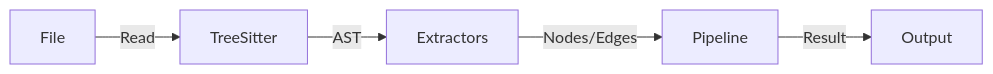
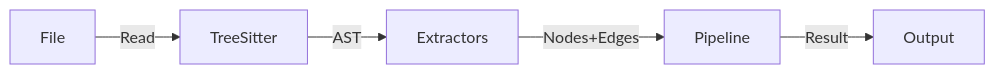
Before and after one commit to willFreed1/nomik: the diagram in documentations/technical/parser/README.md, drawn with Mermaid. The commit also changed other lines of this file and 13 other files, not shown here.

````diff
--- a/documentations/technical/parser/README.md
+++ b/documentations/technical/parser/README.md
@@ -7,7 +19,7 @@
 ```mermaid
 graph LR
     File -->|Read| TreeSitter
     TreeSitter -->|AST| Extractors
-    Extractors -->|Nodes/Edges| Pipeline
+    Extractors -->|Nodes+Edges| Pipeline
     Pipeline -->|Result| Output
 ```
````
